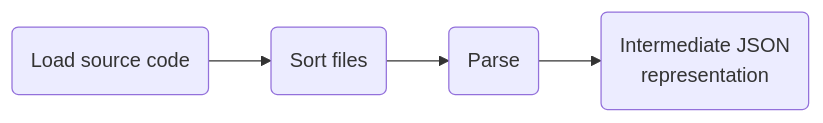
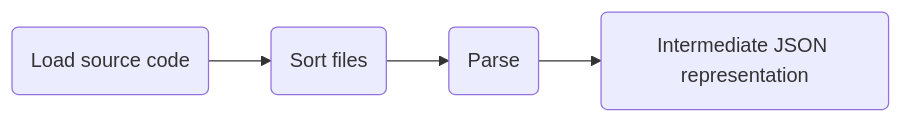
One commit to Ayowel/2025-CdL-c-lib-in-python changed the diagram in resources/mermaid/map_header_to_json.mermaid. Above: the diagram before and after it, drawn with Mermaid. The commit also changed 9 other files, not shown here.

```diff
--- a/resources/mermaid/map_header_to_json.mermaid
+++ b/resources/mermaid/map_header_to_json.mermaid
@@ -1,7 +1,7 @@
 graph LR;
   source(Load source code);
   sort(Sort files);
   parse(Parse);
-  ir(Intermediate JSON\nrepresentation);
+  ir(Intermediate JSON representation);
 
   source --> sort --> parse --> ir;
```
